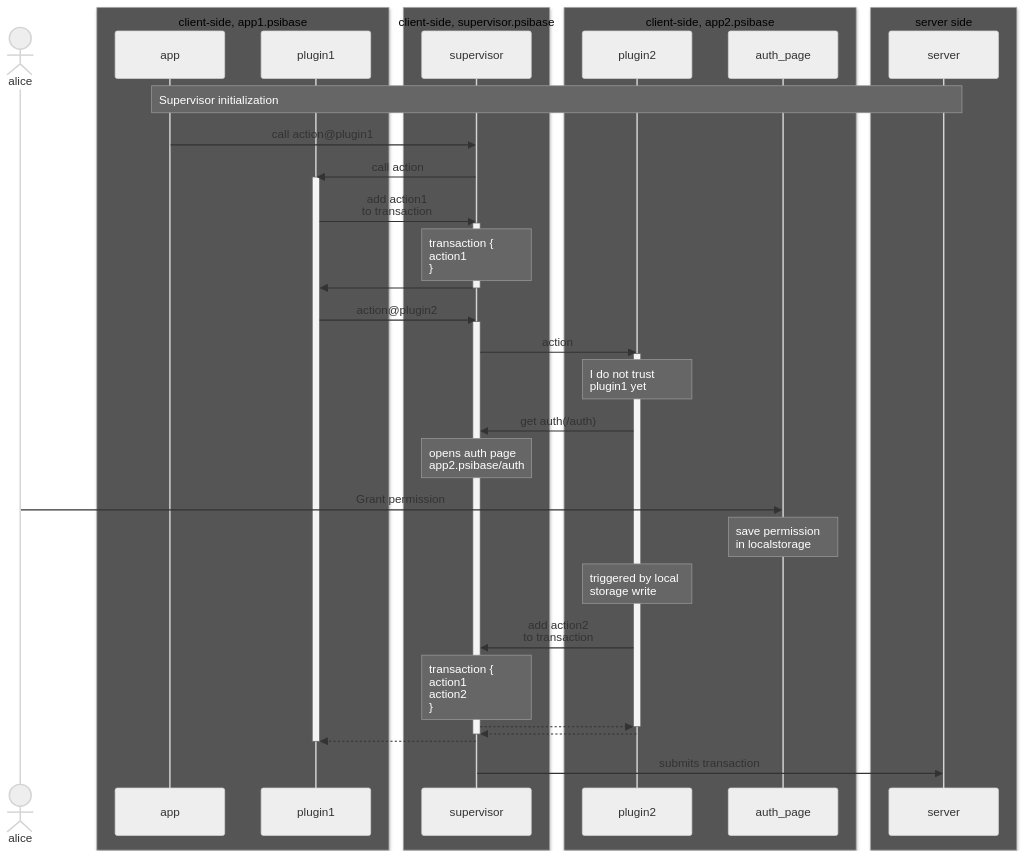
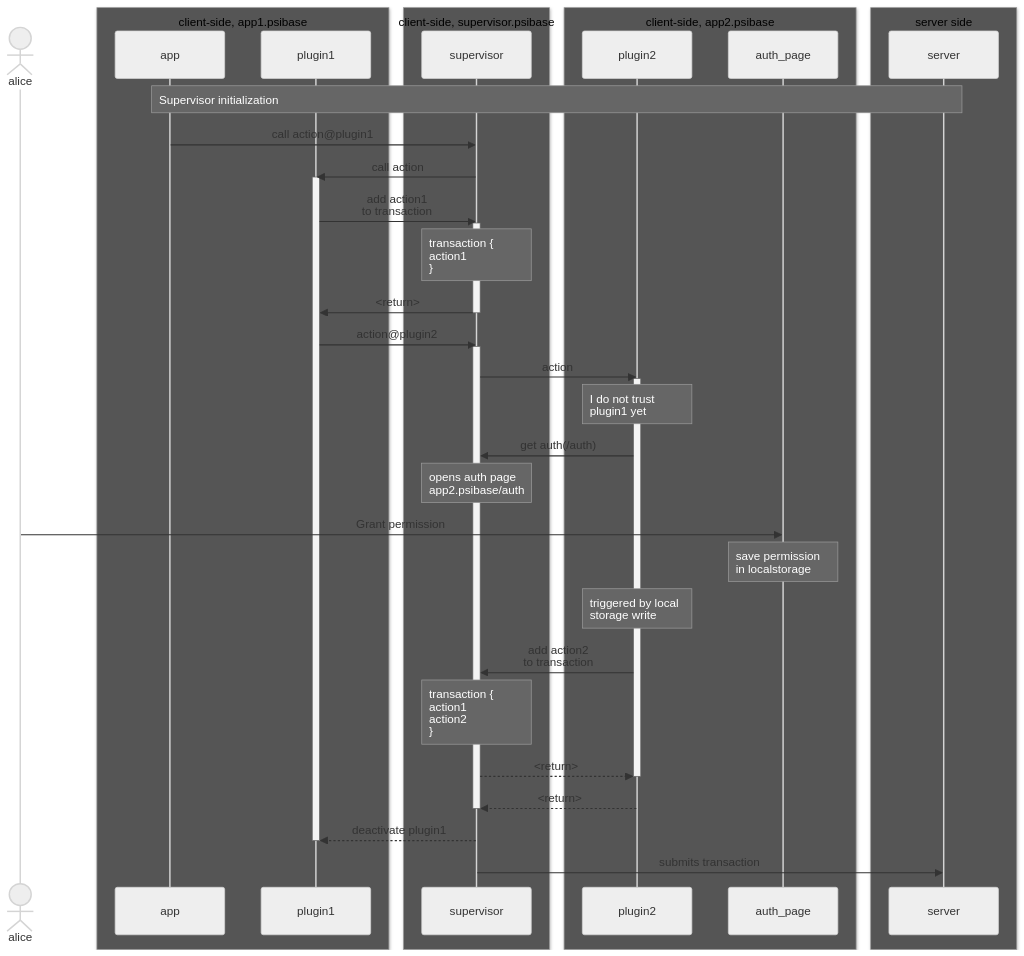
Before and after one commit to gofractally/psibase: the third of 3 diagrams in doc/psidk/src/specifications/app-architecture/supervisor.md, drawn with Mermaid (neutral theme). The commit also changed other lines of this file, not shown here.

Commit message:
added clarification around primary diagram as well as a code snippet and some explanatory text.

````diff
--- a/doc/psidk/src/specifications/app-architecture/supervisor.md
+++ b/doc/psidk/src/specifications/app-architecture/supervisor.md
@@ -140,56 +194,56 @@
 ```mermaid
 %%{init: { 'sequence': {'noteAlign': 'left'} }}%%
 sequenceDiagram
 
 actor alice
 box rgb(85,85,85) client-side, app1.psibase
 participant app
 participant plugin1
 end
 box rgb(85,85,85) client-side, supervisor.psibase
 participant supervisor
 end
 box rgb(85,85,85) client-side, app2.psibase
 participant plugin2
 participant auth_page
 end
 box rgb(85,85,85) server side
 participant server
 end
 
 Note over app,server: Supervisor initialization
 
 app->>supervisor: call action@plugin1
 supervisor->>plugin1: call action
 activate plugin1
 plugin1->>supervisor: add action1<br>to transaction
 activate supervisor
 note over supervisor: transaction {<br>action1<br>}
-supervisor->>plugin1: 
+supervisor->>plugin1: <return>
 deactivate supervisor
 
 plugin1->>supervisor: action@plugin2
 activate supervisor
 supervisor->>plugin2: action
 activate plugin2
 
 # Interact with the user
     note over plugin2: I do not trust<br>plugin1 yet
     plugin2->>supervisor: get auth(/auth)
     note over supervisor: opens auth page<br>app2.psibase/auth
     alice->>auth_page: Grant permission
     note over auth_page: save permission<br>in localstorage
     note over plugin2: triggered by local<br>storage write
 
 
 plugin2->>supervisor: add action2<br>to transaction
 note over supervisor: transaction {<br>action1<br>action2<br>}
-supervisor-->>plugin2: 
+supervisor-->>plugin2: <return>
 deactivate plugin2
-plugin2-->>supervisor: 
+plugin2-->>supervisor: <return>
 deactivate supervisor
-supervisor-->>plugin1: 
+supervisor-->>plugin1: deactivate plugin1
 deactivate plugin1
 supervisor->>server: submits transaction
 
 ```
````
